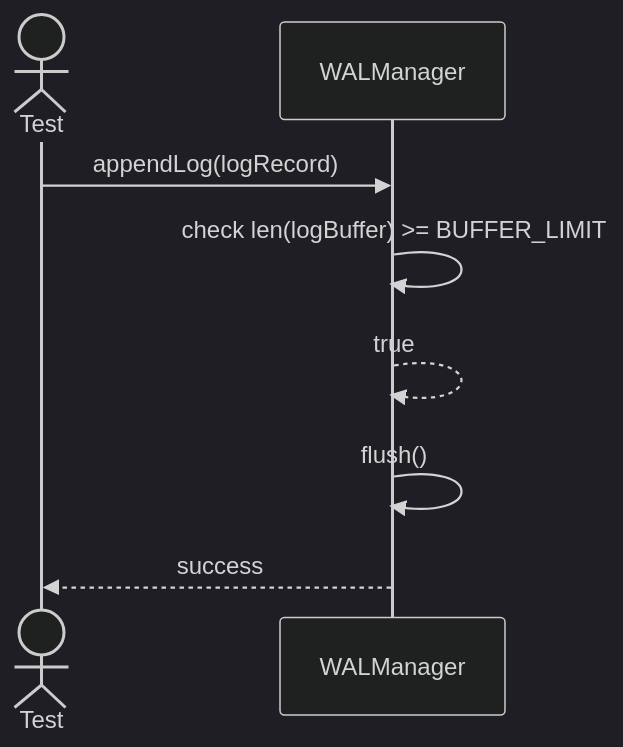
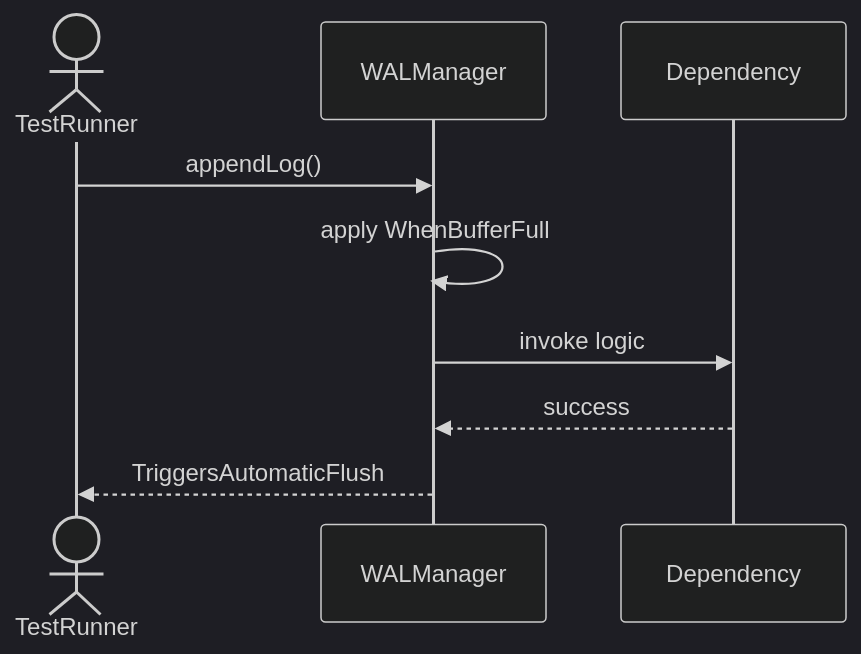
Before and after one commit to TamBui1706/DBMS: the third of 7 diagrams in Sequences/BackupDurability/WALManager.md, drawn with Mermaid (dark theme). The commit also changed other lines of this file and 63 other files, not shown here.

Commit message:
Draw sequence diagram for unit tests

````diff
--- a/Sequences/BackupDurability/WALManager.md
+++ b/Sequences/BackupDurability/WALManager.md
@@ -40,11 +46,10 @@
 ```mermaid
 sequenceDiagram
-    actor Test
+    actor TestRunner
     participant WALManager
-
-    Test->>WALManager: appendLog(logRecord)
-    WALManager->>WALManager: check len(logBuffer) >= BUFFER_LIMIT
-    WALManager-->>WALManager: true
-    WALManager->>WALManager: flush()
-    WALManager-->>Test: success
+    TestRunner->>WALManager: appendLog()
+    WALManager->>WALManager: apply WhenBufferFull
+    WALManager->>Dependency: invoke logic
+    Dependency-->>WALManager: success
+    WALManager-->>TestRunner: TriggersAutomaticFlush
 ```
````
